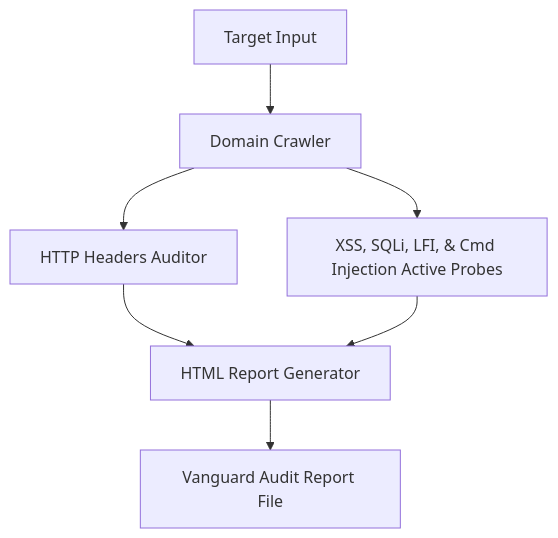
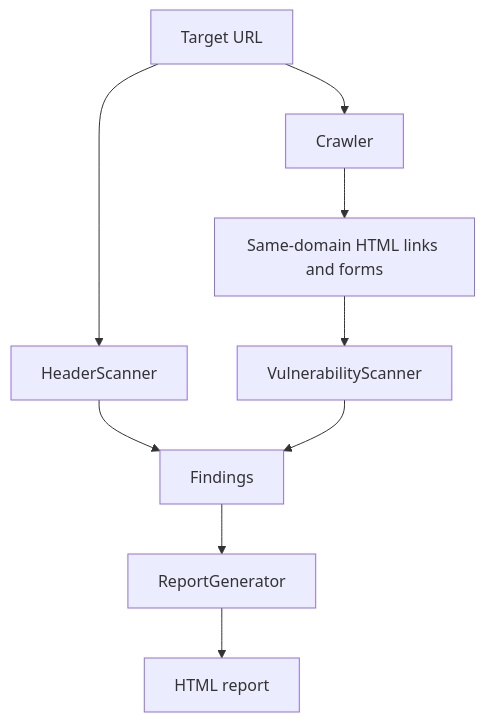
One commit to sudonishant/vanguard-scanner changed the diagram in SETUP_GUIDE.md. Above: the diagram before and after it, drawn with Mermaid. The commit also changed other lines of this file, not shown here.

Commit message:
docs: align Vanguard usage with current scanner behavior

````diff
--- a/SETUP_GUIDE.md
+++ b/SETUP_GUIDE.md
@@ -13,9 +42,11 @@
 ```mermaid
 graph TD
-    A[Target Input] --> B[Domain Crawler]
-    B --> C[HTTP Headers Auditor]
-    B --> D["XSS, SQLi, LFI, & Cmd Injection Active Probes"]
-    C --> E[HTML Report Generator]
-    D --> E
-    E --> F[Vanguard Audit Report File]
+    A[Target URL] --> B[HeaderScanner]
+    A --> C[Crawler]
+    C --> D[Same-domain HTML links and forms]
+    D --> E[VulnerabilityScanner]
+    B --> F[Findings]
+    E --> F
+    F --> G[ReportGenerator]
+    G --> H[HTML report]
 ```
````
